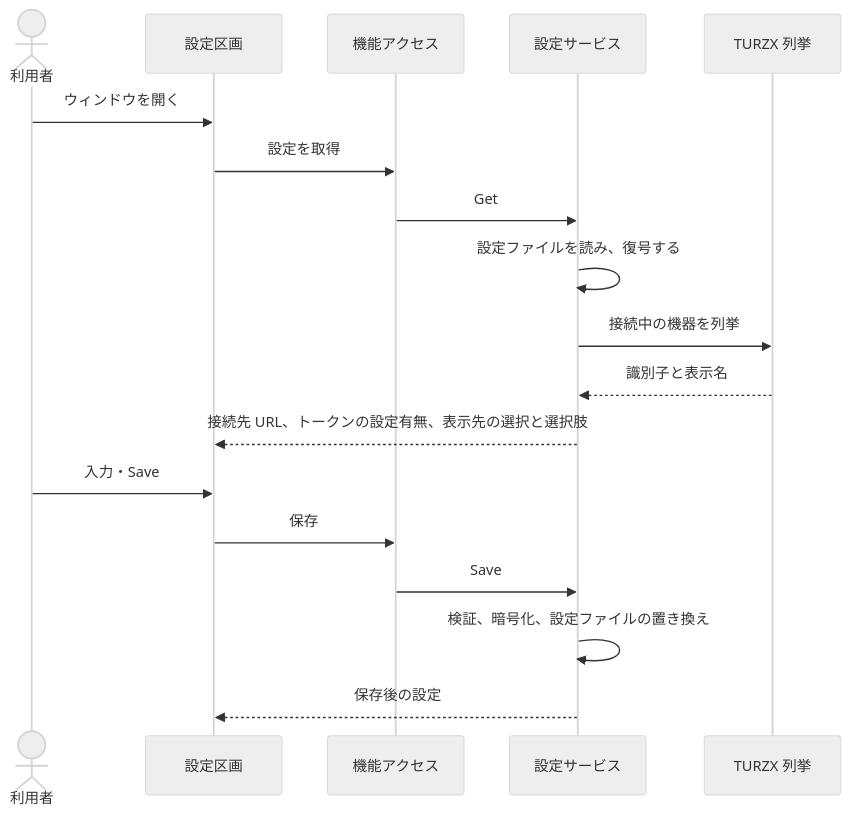
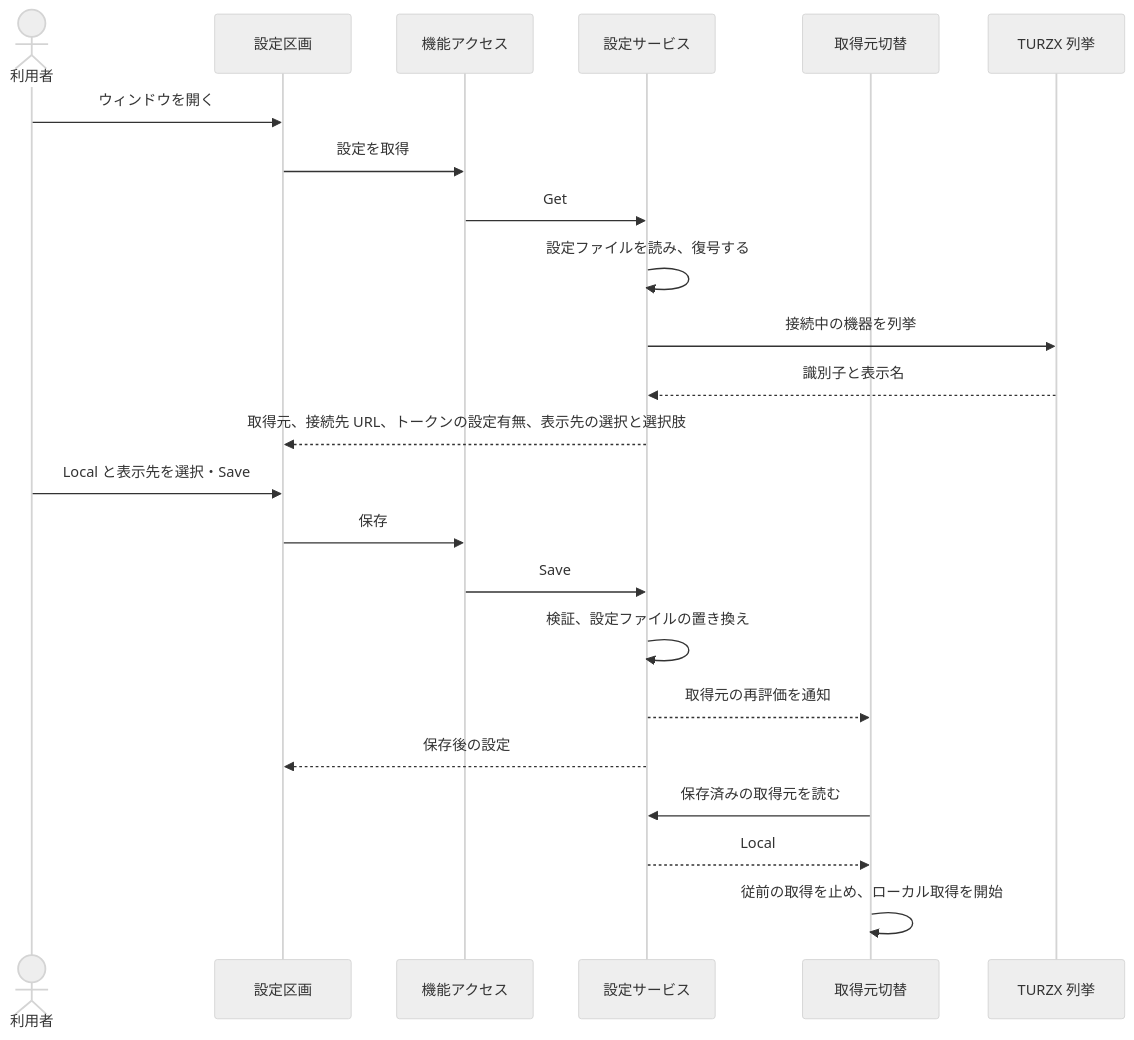
Before and after one commit to nuitsjp/token-dashboard: the diagram in docs/design/UCP-2.md, drawn with Mermaid (neutral theme). The commit also changed other lines of this file and 48 other files, not shown here.

````diff
--- a/docs/design/UCP-2.md
+++ b/docs/design/UCP-2.md
@@ -12,20 +13,25 @@
 ```mermaid
 sequenceDiagram
   actor User as 利用者
   participant UI as 設定区画
   participant Q as 機能アクセス
   participant S as 設定サービス
+  participant A as 取得元切替
   participant T as TURZX 列挙
   User->>UI: ウィンドウを開く
   UI->>Q: 設定を取得
   Q->>S: Get
   S->>S: 設定ファイルを読み、復号する
   S->>T: 接続中の機器を列挙
   T-->>S: 識別子と表示名
-  S-->>UI: 接続先 URL、トークンの設定有無、表示先の選択と選択肢
-  User->>UI: 入力・Save
+  S-->>UI: 取得元、接続先 URL、トークンの設定有無、表示先の選択と選択肢
+  User->>UI: Local と表示先を選択・Save
   UI->>Q: 保存
   Q->>S: Save
-  S->>S: 検証、暗号化、設定ファイルの置き換え
+  S->>S: 検証、設定ファイルの置き換え
+  S-->>A: 取得元の再評価を通知
   S-->>UI: 保存後の設定
+  A->>S: 保存済みの取得元を読む
+  S-->>A: Local
+  A->>A: 従前の取得を止め、ローカル取得を開始
 ```
````
